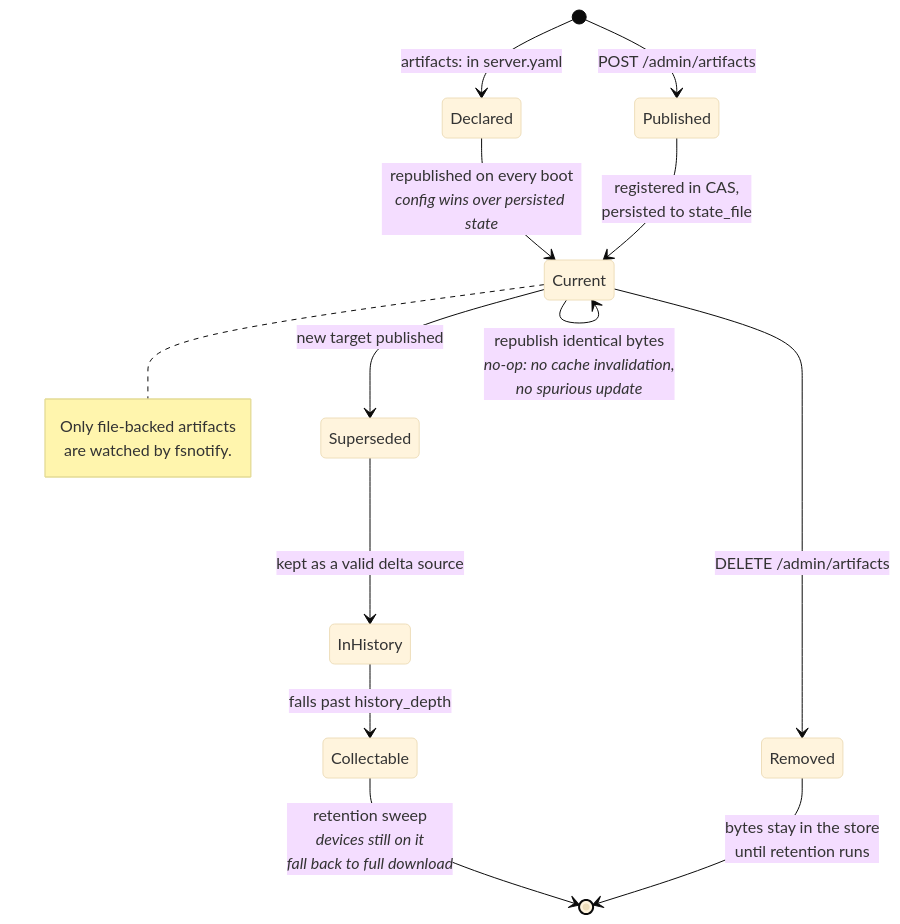
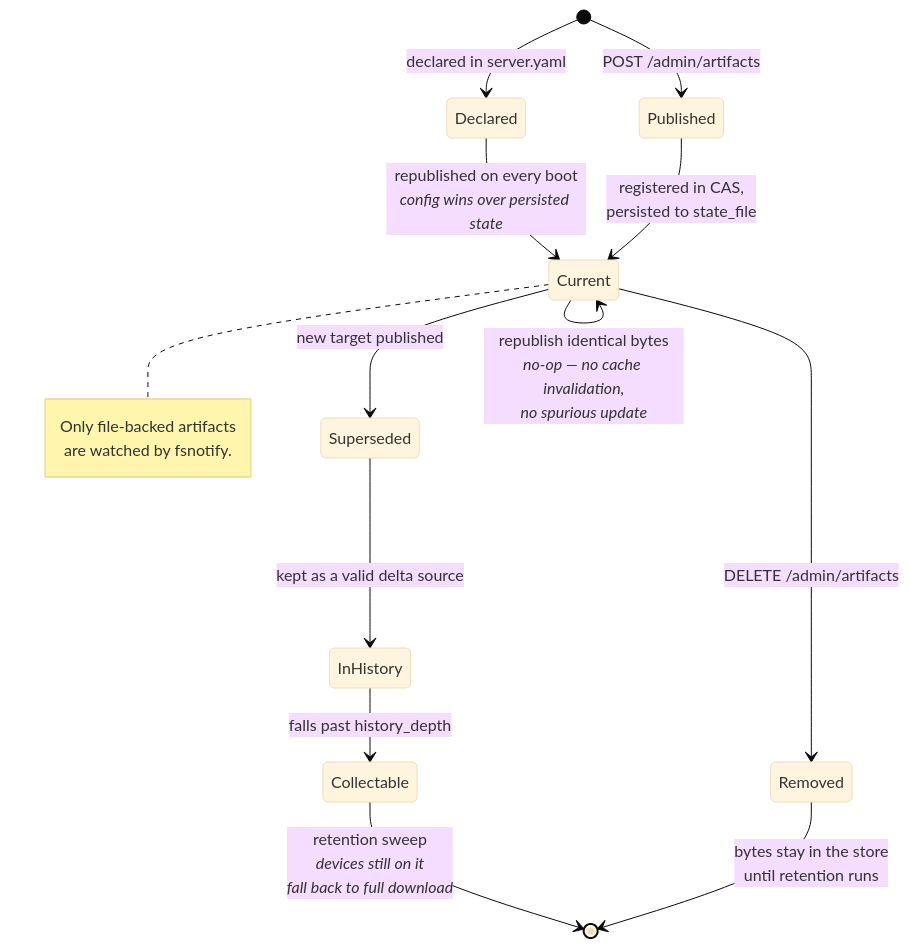
One commit to carlosprados/ota-updater changed the first of 4 diagrams in site/content/server/_index.md. Above: the diagram before and after it, drawn with Mermaid (base theme). The commit also changed other lines of this file and 13 other files, not shown here.

First line of the commit message:
fix(docs): broken diagram, unreadable colours, duplicated H1, footer links

````diff
--- a/site/content/server/_index.md
+++ b/site/content/server/_index.md
@@ -33,23 +31,23 @@
 ```mermaid
 stateDiagram-v2
-    [*] --> Declared: artifacts: in server.yaml
+    [*] --> Declared: declared in server.yaml
     [*] --> Published: POST /admin/artifacts
 
     Declared --> Current: republished on every boot<br/><i>config wins over persisted state</i>
     Published --> Current: registered in CAS,<br/>persisted to state_file
 
-    Current --> Current: republish identical bytes<br/><i>no-op: no cache invalidation,<br/>no spurious update</i>
+    Current --> Current: republish identical bytes<br/><i>no-op — no cache invalidation,<br/>no spurious update</i>
 
     Current --> Superseded: new target published
     Superseded --> InHistory: kept as a valid delta source
     InHistory --> Collectable: falls past history_depth
     Collectable --> [*]: retention sweep<br/><i>devices still on it<br/>fall back to full download</i>
 
     Current --> Removed: DELETE /admin/artifacts
     Removed --> [*]: bytes stay in the store<br/>until retention runs
 
     note right of Current
         Only file-backed artifacts
         are watched by fsnotify.
     end note
 ```
````
